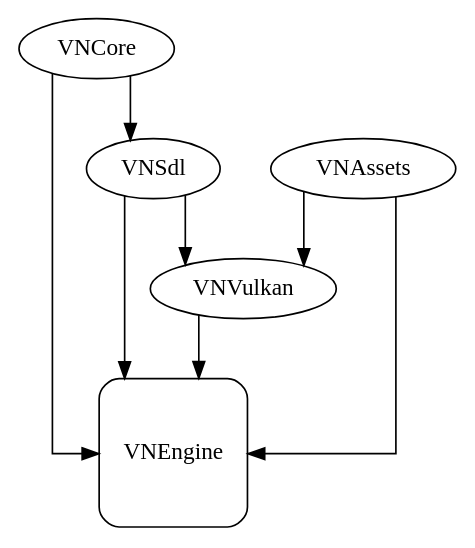
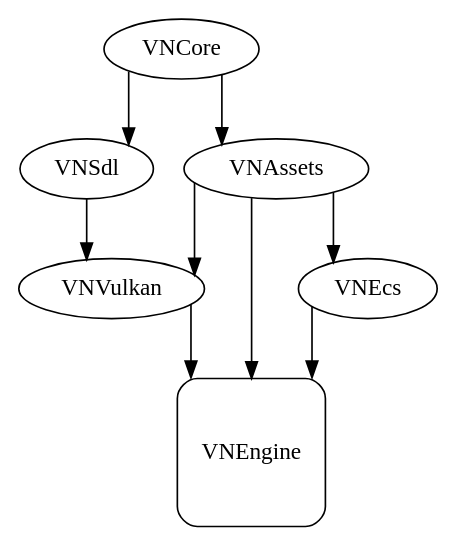
Before and after one commit to kieranknowles1/vulcanite: the diagram in docs/modules.dot, drawn with Graphviz. The commit also changed 1 other file, not shown here.

Commit message:
reformat module graph

```diff
--- a/docs/modules.dot
+++ b/docs/modules.dot
@@ -1,20 +1,18 @@
 digraph {
   rankdir=TD
   splines=ortho
 
   subgraph executables {
     node [shape=square, style=rounded]
     VNEngine [URL="#VNEngine"]
   }
 
-  VNCore -> VNEngine
+  {VNCore} -> VNSdl
+  {VNCore} -> VNAssets
 
-  VNAssets -> VNEngine
+  {VNAssets} -> VNEcs
 
-  VNAssets -> VNVulkan
-  VNSdl -> VNVulkan
-  VNVulkan -> VNEngine
+  {VNAssets VNSdl} -> VNVulkan
 
-  VNCore -> VNSdl
-  VNSdl -> VNEngine
+  {VNAssets VNVulkan VNEcs} -> VNEngine
 }
```
